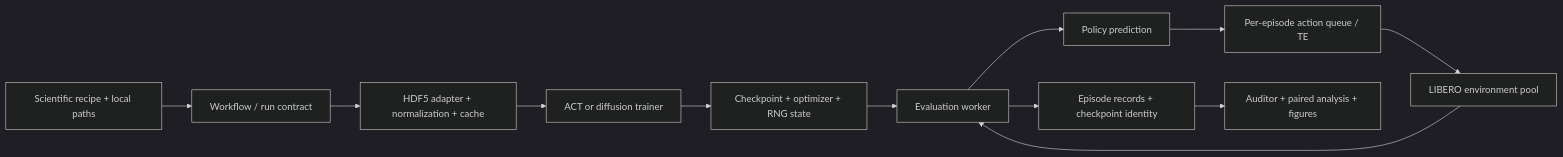
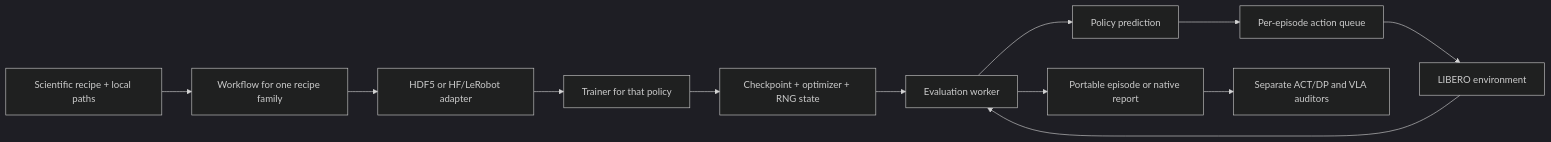
One commit to YonderL/RoboScope changed the diagram in docs/architecture.md. Above: the diagram before and after it, drawn with Mermaid (dark theme). The commit also changed other lines of this file and 58 other files, not shown here.

First line of the commit message:
Publish the native SmolVLA result separately from ACT/DP.

````diff
--- a/docs/architecture.md
+++ b/docs/architecture.md
@@ -5,14 +5,14 @@
 ```mermaid
 flowchart LR
-    C[Scientific recipe + local paths] --> W[Workflow / run contract]
-    W --> D[HDF5 adapter + normalization + cache]
-    D --> T[ACT or diffusion trainer]
+    C[Scientific recipe + local paths] --> W[Workflow for one recipe family]
+    W --> D[HDF5 or HF/LeRobot adapter]
+    D --> T[Trainer for that policy]
     T --> K[Checkpoint + optimizer + RNG state]
     K --> E[Evaluation worker]
     E --> P[Policy prediction]
-    P --> Q[Per-episode action queue / TE]
-    Q --> S[LIBERO environment pool]
+    P --> Q[Per-episode action queue]
+    Q --> S[LIBERO environment]
     S --> E
-    E --> R[Episode records + checkpoint identity]
-    R --> A[Auditor + paired analysis + figures]
+    E --> R[Portable episode or native report]
+    R --> A[Separate ACT/DP and VLA auditors]
 ```
````
